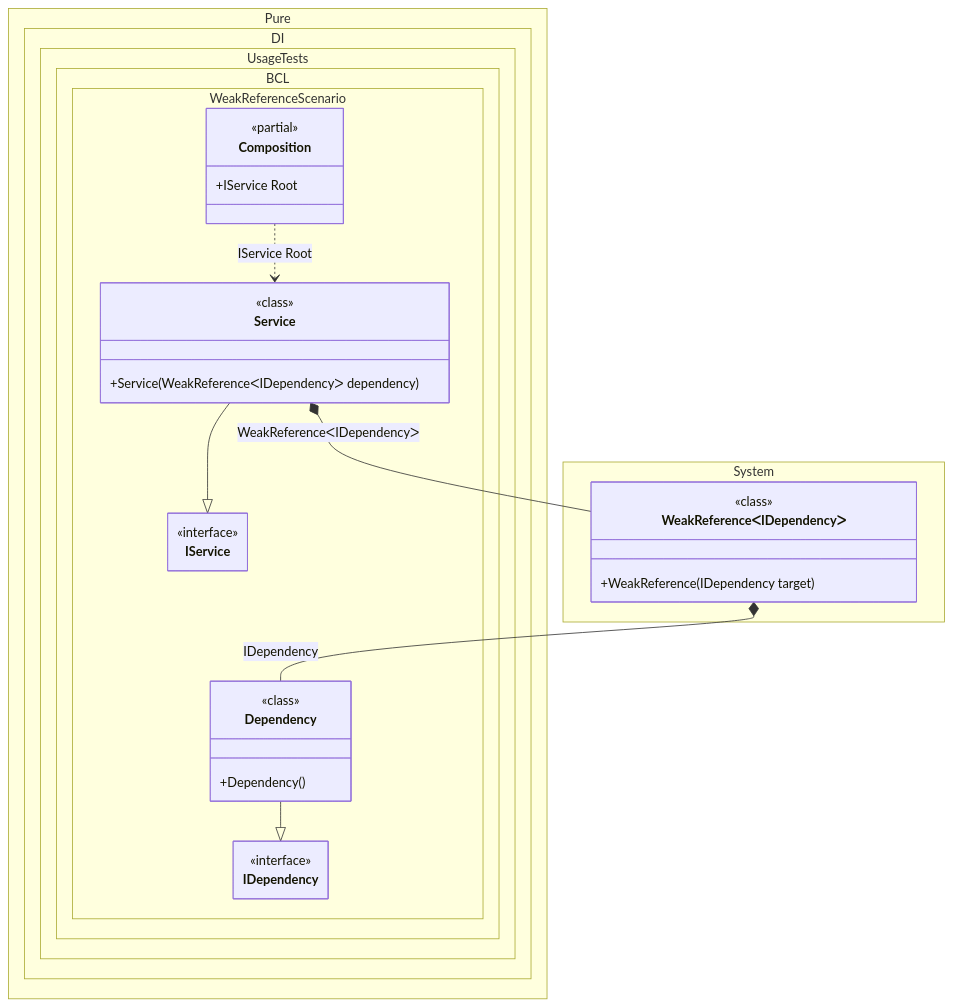
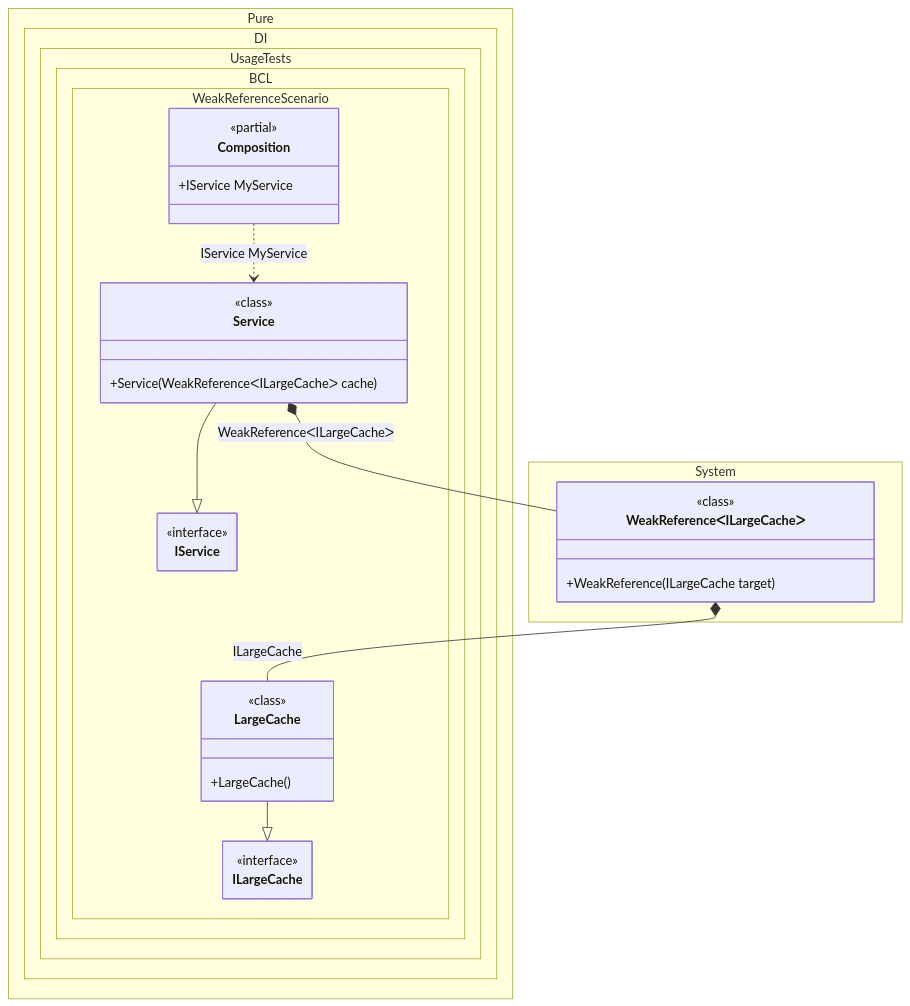
Before and after one commit to DevTeam/Pure.DI: the diagram in readme/weak-reference.md, drawn with Mermaid. The commit also changed other lines of this file and 126 other files, not shown here.

````diff
--- a/readme/weak-reference.md
+++ b/readme/weak-reference.md
@@ -84,41 +87,41 @@
 ```mermaid
 ---
  config:
   maxTextSize: 2147483647
   maxEdges: 2147483647
   class:
    hideEmptyMembersBox: true
 ---
 classDiagram
-	Dependency --|> IDependency
+	LargeCache --|> ILargeCache
 	Service --|> IService
-	Composition ..> Service : IService Root
-	Service *--  WeakReferenceᐸIDependencyᐳ : WeakReferenceᐸIDependencyᐳ
-	WeakReferenceᐸIDependencyᐳ *--  Dependency : IDependency
+	Composition ..> Service : IService MyService
+	Service *--  WeakReferenceᐸILargeCacheᐳ : WeakReferenceᐸILargeCacheᐳ
+	WeakReferenceᐸILargeCacheᐳ *--  LargeCache : ILargeCache
 	namespace Pure.DI.UsageTests.BCL.WeakReferenceScenario {
 		class Composition {
 		<<partial>>
-		+IService Root
+		+IService MyService
 		}
-		class Dependency {
-				<<class>>
-			+Dependency()
-		}
-		class IDependency {
+		class ILargeCache {
 			<<interface>>
 		}
 		class IService {
 			<<interface>>
 		}
+		class LargeCache {
+				<<class>>
+			+LargeCache()
+		}
 		class Service {
 				<<class>>
-			+Service(WeakReferenceᐸIDependencyᐳ dependency)
+			+Service(WeakReferenceᐸILargeCacheᐳ cache)
 		}
 	}
 	namespace System {
-		class WeakReferenceᐸIDependencyᐳ {
+		class WeakReferenceᐸILargeCacheᐳ {
 				<<class>>
-			+WeakReference(IDependency target)
+			+WeakReference(ILargeCache target)
 		}
 	}
 ```
````
